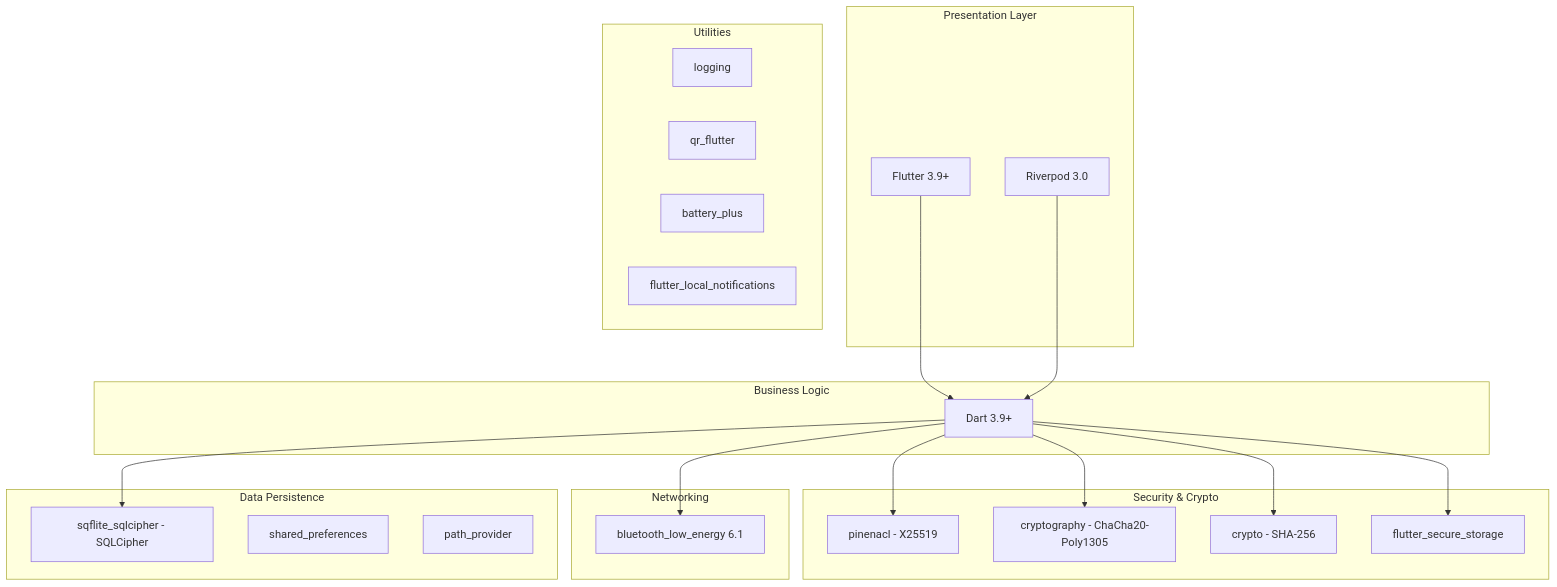
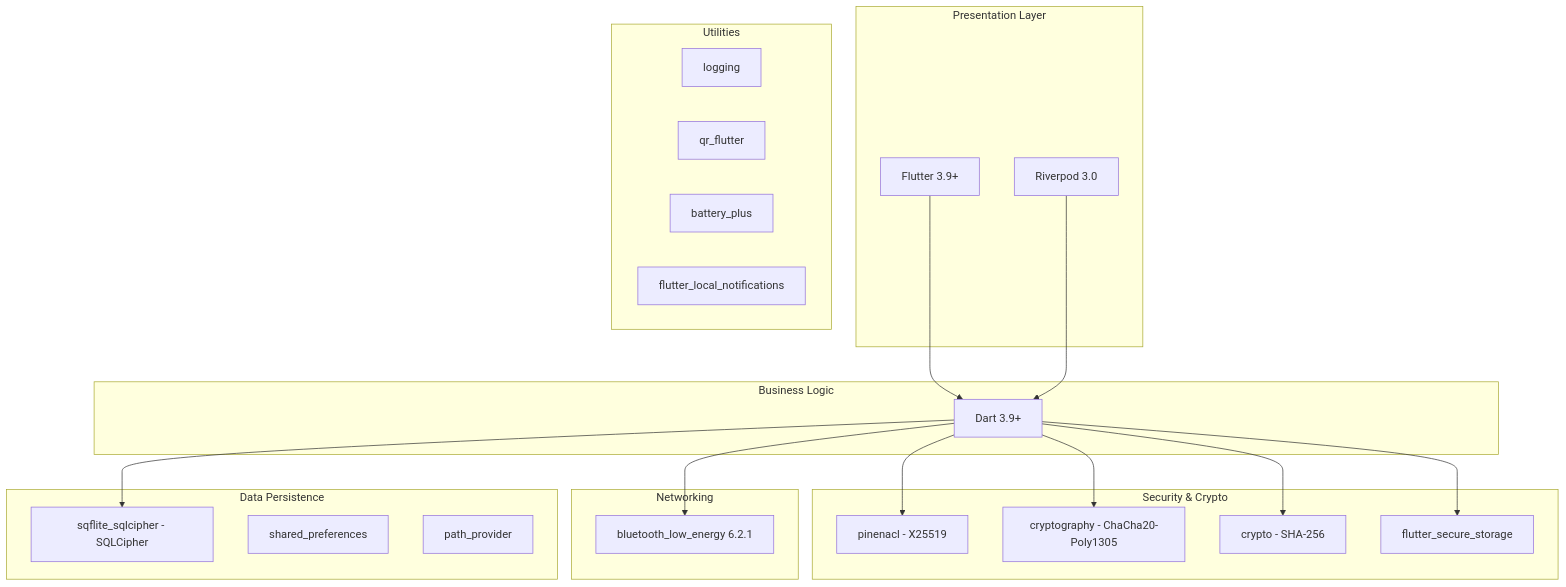
Before and after one commit to AbubakarMahmood1/pak_connect_final: the fourth of 4 diagrams in docs/srs/08-architecture-component-dataflow.md, drawn with Mermaid. The commit also changed other lines of this file and 37 other files, not shown here.

````diff
--- a/docs/srs/08-architecture-component-dataflow.md
+++ b/docs/srs/08-architecture-component-dataflow.md
@@ -397,44 +389,44 @@
 ```mermaid
 graph TB
     subgraph "Presentation Layer"
         Flutter[Flutter 3.9+]
         Riverpod[Riverpod 3.0]
     end
 
     subgraph "Business Logic"
         Dart[Dart 3.9+]
     end
 
     subgraph "Security & Crypto"
         Pinenacl[pinenacl - X25519]
         Cryptography[cryptography - ChaCha20-Poly1305]
         Crypto[crypto - SHA-256]
         FlutterSecure[flutter_secure_storage]
     end
 
     subgraph "Networking"
-        BLE[bluetooth_low_energy 6.1]
+        BLE[bluetooth_low_energy 6.2.1]
     end
 
     subgraph "Data Persistence"
         SQLite[sqflite_sqlcipher - SQLCipher]
         SharedPrefs[shared_preferences]
         PathProvider[path_provider]
     end
 
     subgraph "Utilities"
         Logging[logging]
         QR[qr_flutter]
         Battery[battery_plus]
         Notifications[flutter_local_notifications]
     end
 
     Flutter --> Dart
     Riverpod --> Dart
     Dart --> Pinenacl
     Dart --> Cryptography
     Dart --> Crypto
     Dart --> BLE
     Dart --> SQLite
     Dart --> FlutterSecure
 ```
````
